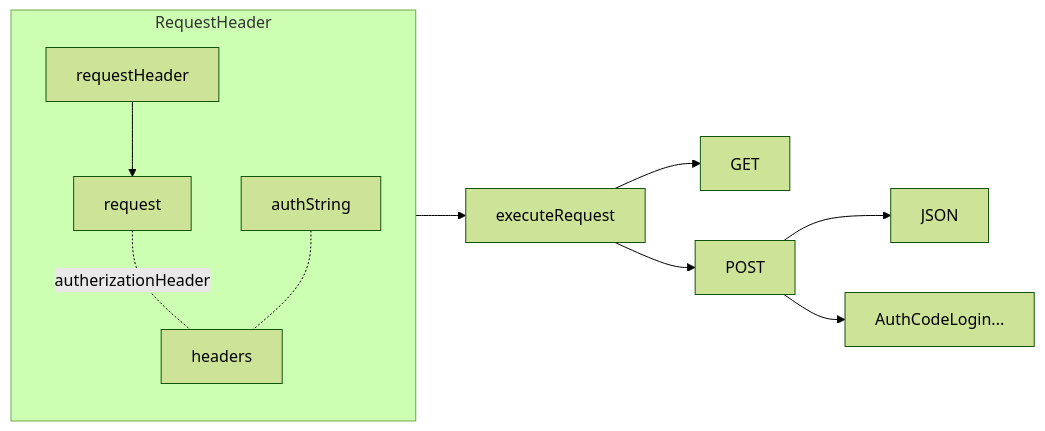
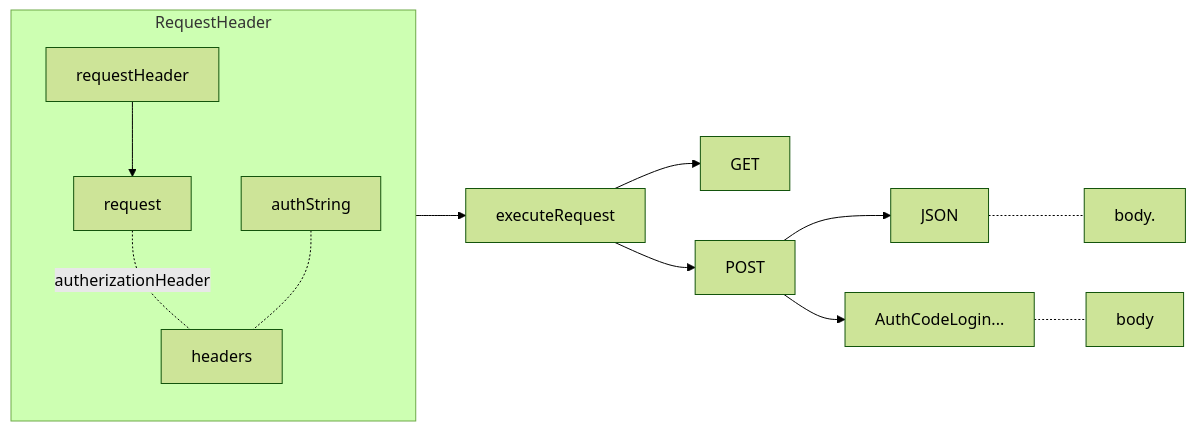
One commit to gordianknotC/nxp_note changed the fifth of 7 diagrams in newage/astro.md. Above: the diagram before and after it, drawn with Mermaid (forest theme). The commit also changed other lines of this file, not shown here.

Commit message:
newage/astro.md updated from https://stackedit.io/

````diff
--- a/newage/astro.md
+++ b/newage/astro.md
@@ -66,14 +66,20 @@
 ```mermaid
 graph LR
-subgraph RequestHeader
-request -.-|autherizationHeader| headers
-authString -.- headers
-requestHeader --> request
+	subgraph RequestHeader
+	request -.-|autherizationHeader| headers
+	authString -.- headers
+	requestHeader --> request
 end
+
 RequestHeader --> executeRequest  
 executeRequest --> GET
 executeRequest --> POST
+
 POST --> JSON
-JSON 
+JSON -.- body.
 POST --> AuthCodeLogin...
+AuthCodeLogin... -.- body
+
+
+
 ```
````
